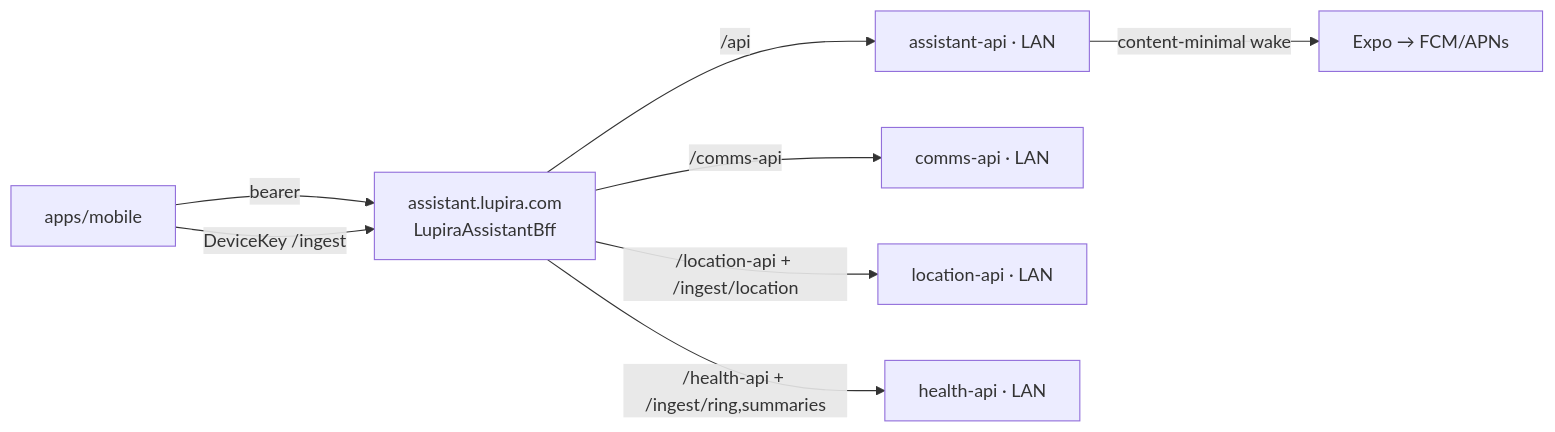
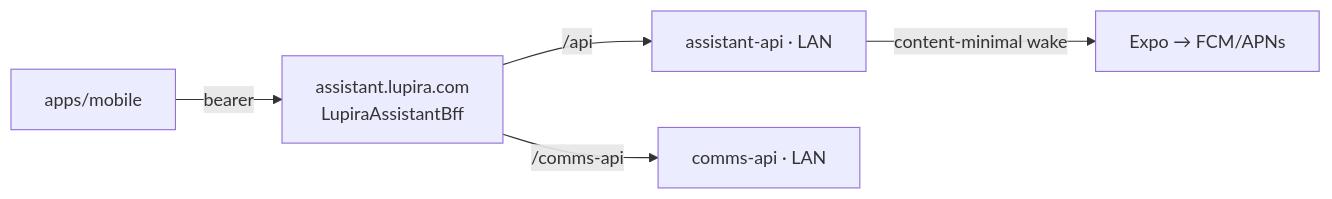
One commit to danbro96/LupiraAssistant changed the first of 2 diagrams in docs/app-backbone.md. Above: the diagram before and after it, drawn with Mermaid. The commit also changed other lines of this file and 107 other files, not shown here.

Commit message:
Mobile app drops the GPS collector, device registration and the ring/summaries scaffolding; offline acks drain without a registered device; dedicated sign-in screen and Settings sign-out; location and health scopes, clients and permissions removed

````diff
--- a/docs/app-backbone.md
+++ b/docs/app-backbone.md
@@ -25,10 +25,7 @@
 ```mermaid
 flowchart LR
   APP[apps/mobile] -->|bearer| BFF[assistant.lupira.com<br/>LupiraAssistantBff]
-  APP -->|DeviceKey /ingest| BFF
   BFF -->|/api| HUB[assistant-api · LAN]
   BFF -->|/comms-api| COMMS[comms-api · LAN]
-  BFF -->|/location-api + /ingest/location| LOC[location-api · LAN]
-  BFF -->|/health-api + /ingest/ring,summaries| HEALTH[health-api · LAN]
   HUB -->|content-minimal wake| EXPO[Expo → FCM/APNs]
 ```
````
